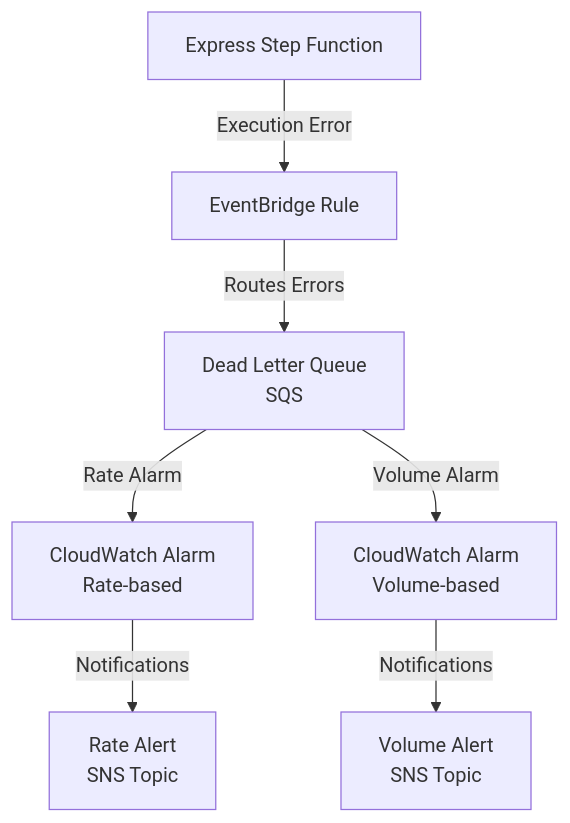
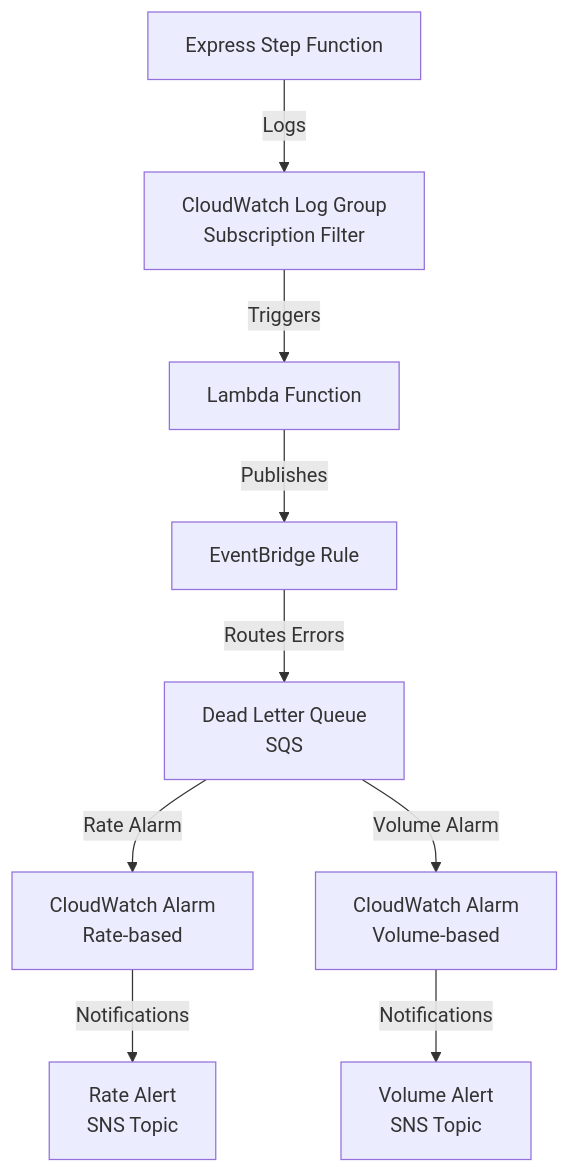
The diagram in README.md (SevenPico/terraform-aws-express-step-function-error-notification), drawn with Mermaid before and after one commit. The commit also changed other lines of this file and 3 other files, not shown here.

````diff
--- a/README.md
+++ b/README.md
@@ -9,9 +9,11 @@
 ```mermaid
 flowchart TD
-    ESF[Express Step Function] -->|Execution Error| EBR[EventBridge Rule]
+    ESF[Express Step Function] -->|Logs| LOG[CloudWatch Log Group <br/>Subscription Filter]
+    LOG -->|Triggers| λ[Lambda Function]
+    λ -->|Publishes| EBR[EventBridge Rule]
     EBR -->|Routes Errors| DLQ[Dead Letter Queue<br/>SQS]
     DLQ -->|Rate Alarm| CWR[CloudWatch Alarm<br/>Rate-based]
     DLQ -->|Volume Alarm| CWV[CloudWatch Alarm<br/>Volume-based]
     CWR -->|Notifications| SNS1[Rate Alert<br/>SNS Topic]
     CWV -->|Notifications| SNS2[Volume Alert<br/>SNS Topic]
 ```
````
